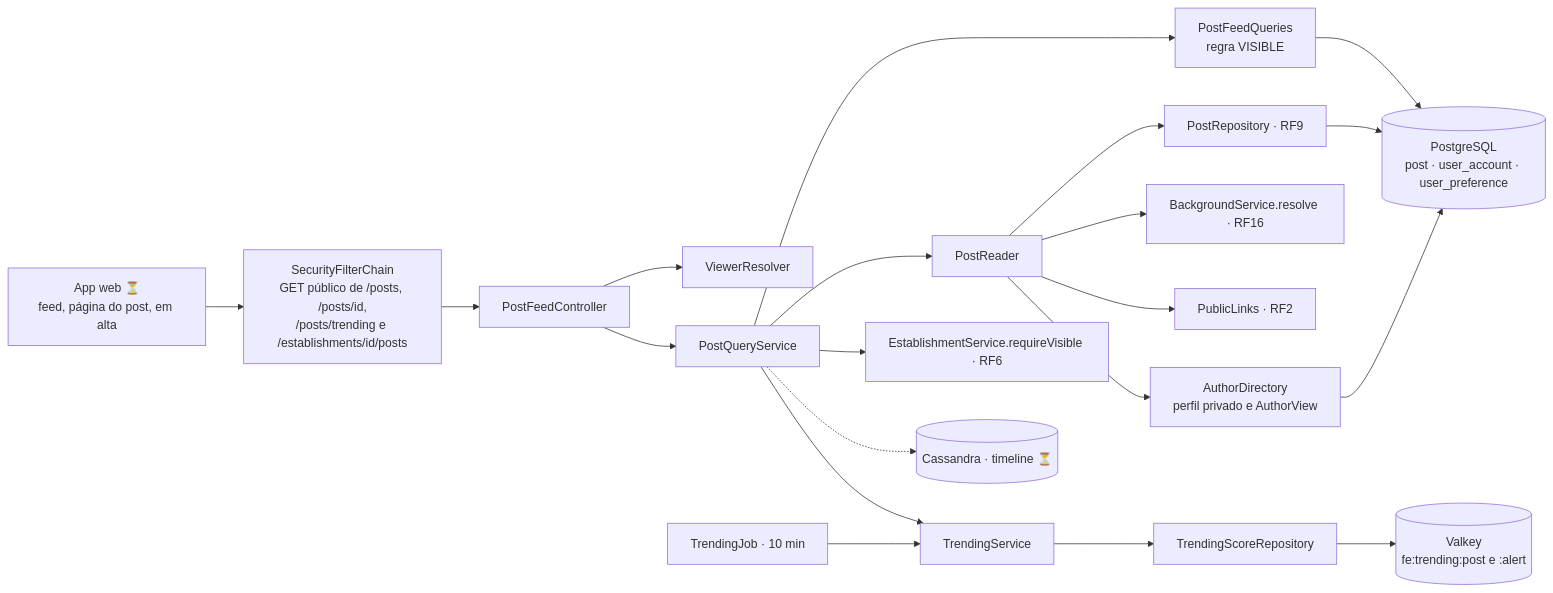
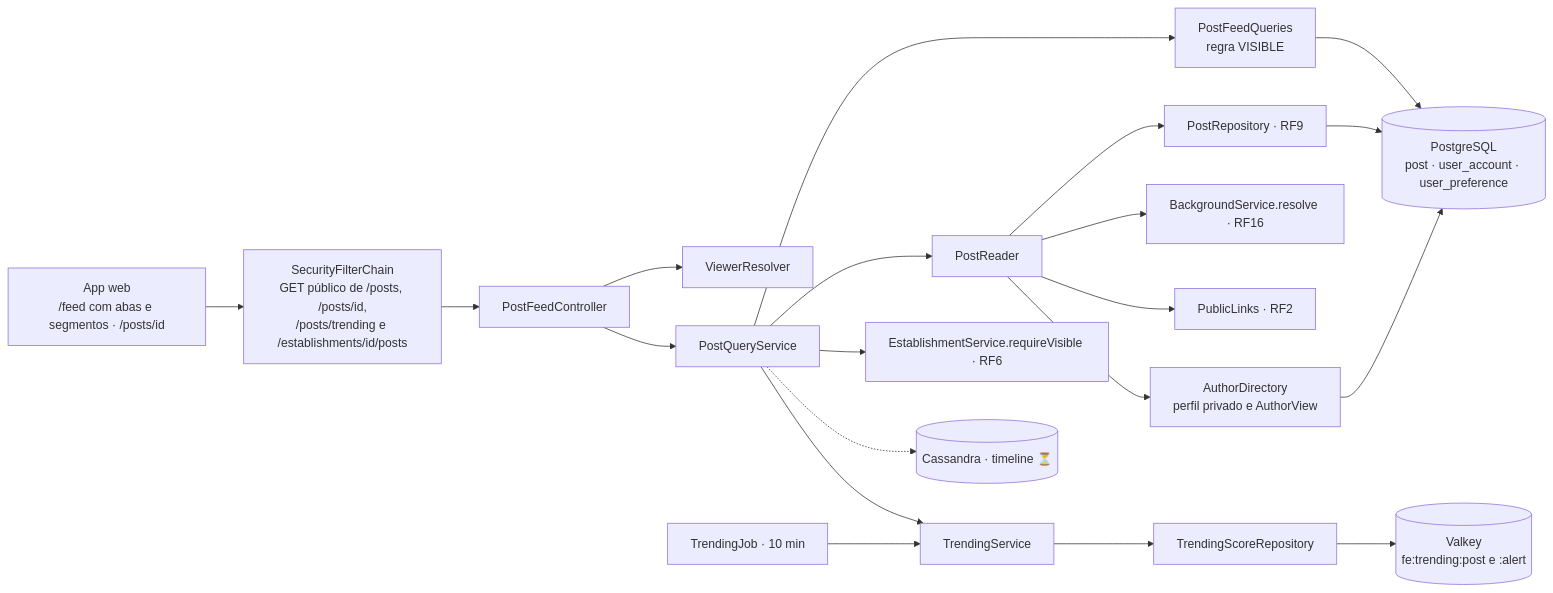
The diagram in docs/RF14/componentes.md (MatheusHaliski/Friendly-Eats), drawn with Mermaid before and after one commit. The commit also changed 94 other files, not shown here.

````diff
--- a/docs/RF14/componentes.md
+++ b/docs/RF14/componentes.md
@@ -3,20 +3,20 @@
 ```mermaid
 flowchart LR
-    APP["App web ⏳<br/>feed, página do post, em alta"] --> SEC["SecurityFilterChain<br/>GET público de /posts, /posts/id,<br/>/posts/trending e /establishments/id/posts"]
+    APP["App web<br/>/feed com abas e segmentos · /posts/id"] --> SEC["SecurityFilterChain<br/>GET público de /posts, /posts/id,<br/>/posts/trending e /establishments/id/posts"]
     SEC --> FC["PostFeedController"]
     FC --> VR["ViewerResolver"]
     FC --> QS["PostQueryService"]
     QS --> RD["PostReader"]
     QS --> FQ["PostFeedQueries<br/>regra VISIBLE"]
     QS --> TS["TrendingService"]
     QS --> ES["EstablishmentService.requireVisible · RF6"]
     RD --> AD["AuthorDirectory<br/>perfil privado e AuthorView"]
     RD --> BS["BackgroundService.resolve · RF16"]
     RD --> PL["PublicLinks · RF2"]
     RD --> PR["PostRepository · RF9"]
     TJ["TrendingJob · 10 min"] --> TS
     TS --> TR["TrendingScoreRepository"]
     FQ & PR & AD --> PG[("PostgreSQL<br/>post · user_account · user_preference")]
     TR --> VK[("Valkey<br/>fe:trending:post e :alert")]
     QS -.-> CS[("Cassandra · timeline ⏳")]
 ```
````
